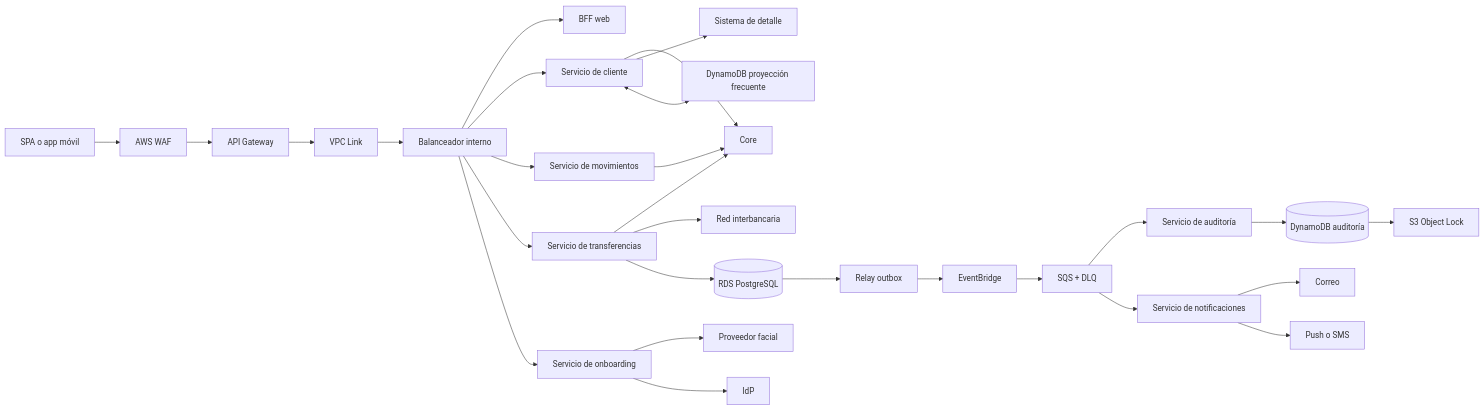
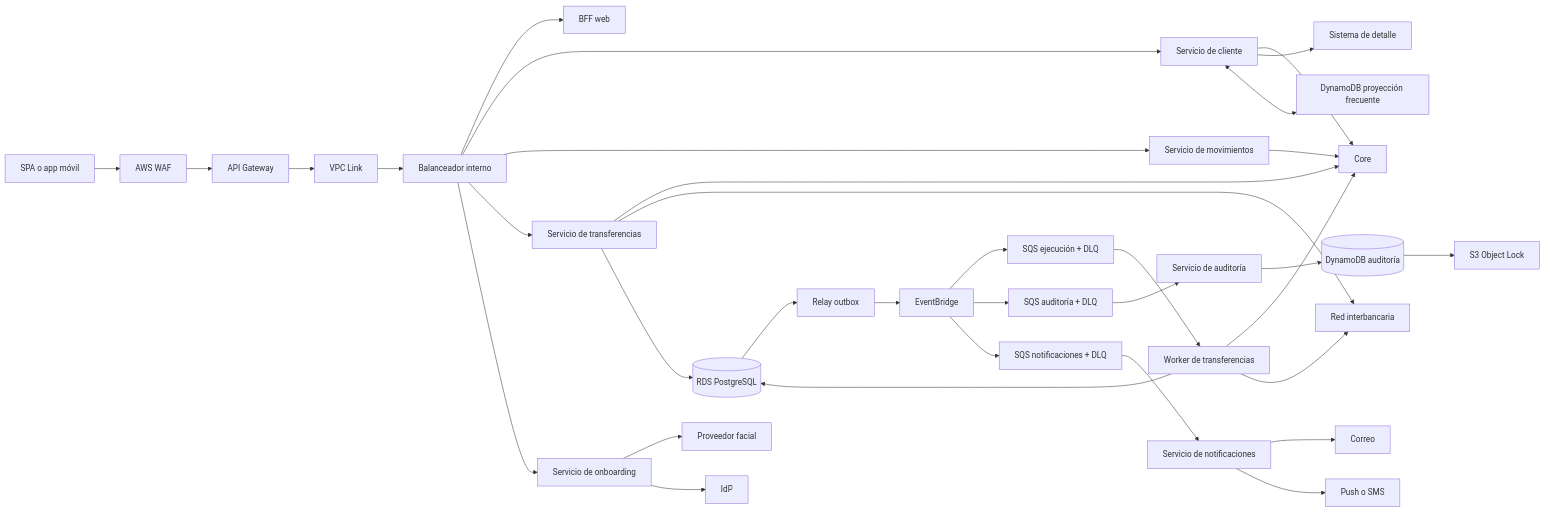
The diagram in docs/diagramas/componentes.mmd (LeirBaGMC/bp-arquitectura-banca-digital), drawn with Mermaid before and after one commit. The commit also changed 147 other files, not shown here.

Commit message:
Complete MVP audit and architecture report

```diff
--- a/docs/diagramas/componentes.mmd
+++ b/docs/diagramas/componentes.mmd
@@ -1,28 +1,34 @@
 flowchart LR
     CLIENT[SPA o app móvil] --> WAF[AWS WAF]
     WAF --> API[API Gateway]
     API --> LINK[VPC Link]
     LINK --> ALB[Balanceador interno]
     ALB --> BFF[BFF web]
     ALB --> CUSTOMER[Servicio de cliente]
     ALB --> MOVES[Servicio de movimientos]
     ALB --> TRANSFER[Servicio de transferencias]
     ALB --> ONBOARD[Servicio de onboarding]
     CUSTOMER --> CORE[Core]
     CUSTOMER --> DETAIL[Sistema de detalle]
     CUSTOMER <--> READ[DynamoDB proyección frecuente]
     MOVES --> CORE
     TRANSFER --> CORE
     TRANSFER --> PAYMENT[Red interbancaria]
     TRANSFER --> DB[(RDS PostgreSQL)]
     ONBOARD --> FACE[Proveedor facial]
     ONBOARD --> IDP[IdP]
     DB --> RELAY[Relay outbox]
     RELAY --> BUS[EventBridge]
-    BUS --> Q[SQS + DLQ]
-    Q --> AUDIT[Servicio de auditoría]
-    Q --> NOTIFY[Servicio de notificaciones]
+    BUS --> QPAY[SQS ejecución + DLQ]
+    BUS --> QA[SQS auditoría + DLQ]
+    BUS --> QN[SQS notificaciones + DLQ]
+    QPAY --> WORKER[Worker de transferencias]
+    WORKER --> CORE
+    WORKER --> PAYMENT
+    WORKER --> DB
+    QA --> AUDIT[Servicio de auditoría]
+    QN --> NOTIFY[Servicio de notificaciones]
     AUDIT --> AUDITDB[(DynamoDB auditoría)]
     AUDITDB --> ARCHIVE[S3 Object Lock]
     NOTIFY --> EMAIL[Correo]
     NOTIFY --> PUSH[Push o SMS]
```
